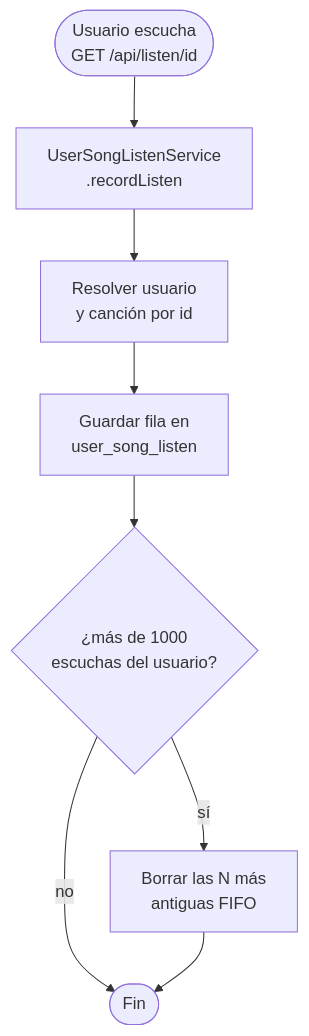
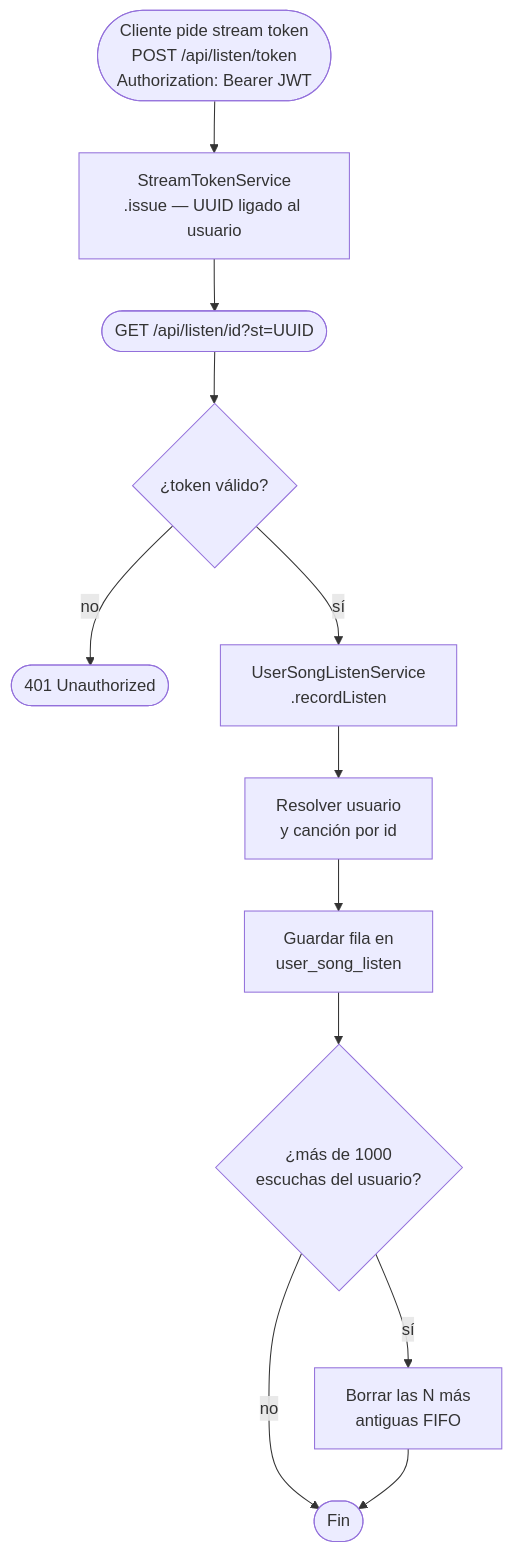
Before and after one commit to conguchu/selfpotify: the sixth of 30 diagrams in README.md, drawn with Mermaid.

Commit message:
docs: actualizar diagrama de flujo de escuchas con los stream tokens

````diff
--- a/README.md
+++ b/README.md
@@ -358,10 +358,14 @@
 ```mermaid
 flowchart TD
-    Listen([Usuario escucha<br/>GET /api/listen/id]) --> Record[UserSongListenService<br/>.recordListen]
+    IssueToken([Cliente pide stream token<br/>POST /api/listen/token<br/>Authorization: Bearer JWT]) --> Token[StreamTokenService<br/>.issue — UUID ligado al usuario]
+    Token --> Stream([GET /api/listen/id?st=UUID])
+    Stream --> Validate{¿token válido?}
+    Validate -- no --> Reject([401 Unauthorized])
+    Validate -- sí --> Record[UserSongListenService<br/>.recordListen]
     Record --> Resolve[Resolver usuario<br/>y canción por id]
     Resolve --> Save[Guardar fila en<br/>user_song_listen]
     Save --> Count{¿más de 1000<br/>escuchas del usuario?}
     Count -- no --> End([Fin])
     Count -- sí --> Evict[Borrar las N más<br/>antiguas FIFO]
     Evict --> End
 ```
````
